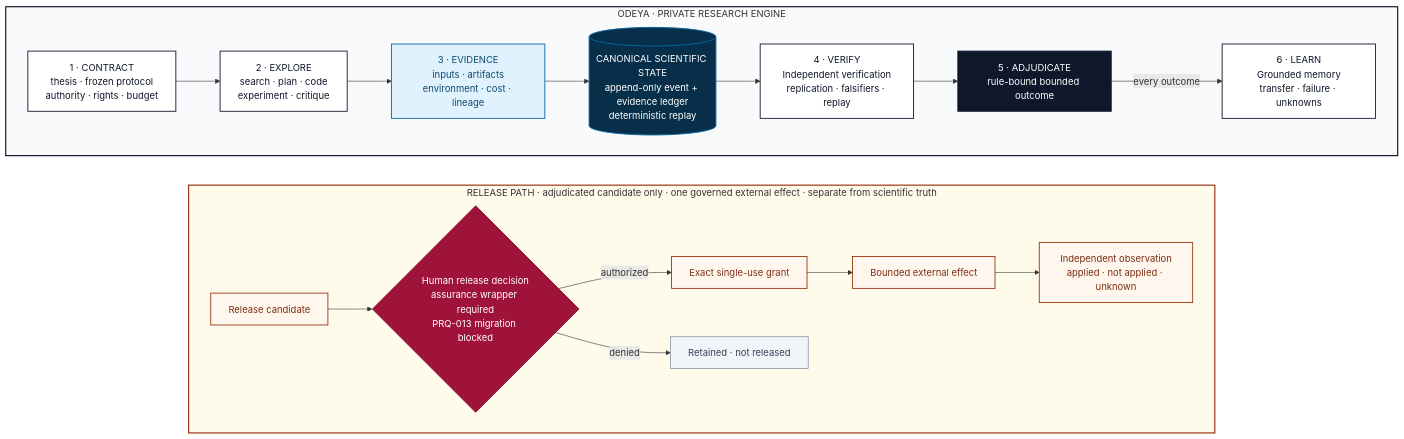
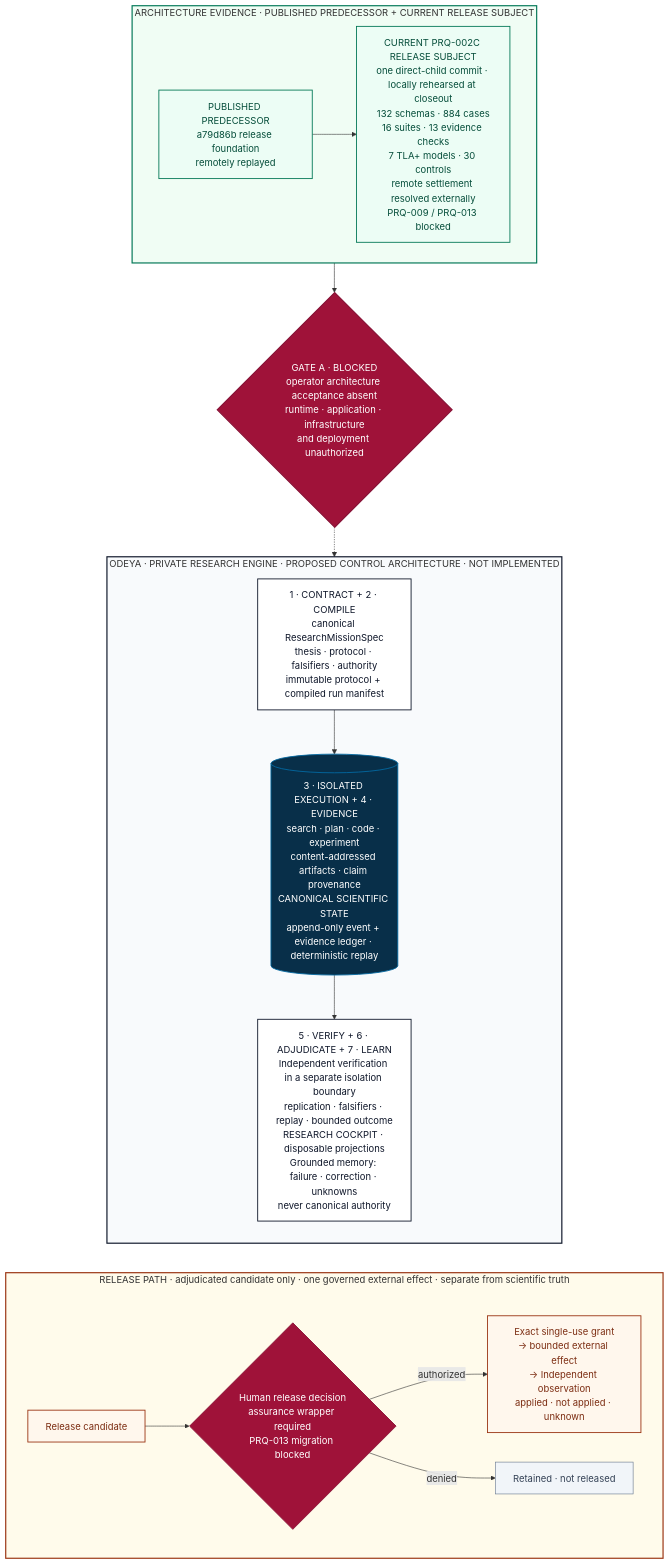
The diagram in README.md (manfromnowhere143/odeya), drawn with Mermaid before and after one commit. The commit also changed other lines of this file and 39 other files, not shown here.

First line of the commit message:
architecture: retain bounded raw-number prerequisite evidence

````diff
--- a/README.md
+++ b/README.md
@@ -25,46 +25,54 @@
 ```mermaid
 flowchart TB
-    subgraph R["ODEYA · PRIVATE RESEARCH ENGINE"]
+    subgraph F["ARCHITECTURE EVIDENCE · PUBLISHED PREDECESSOR + CURRENT RELEASE SUBJECT"]
         direction LR
-        C["1 · CONTRACT<br/>thesis · frozen protocol<br/>authority · rights · budget"]
-        W["2 · EXPLORE<br/>search · plan · code<br/>experiment · critique"]
-        E["3 · EVIDENCE<br/>inputs · artifacts<br/>environment · cost · lineage"]
-        K[("CANONICAL SCIENTIFIC STATE<br/>append-only event + evidence ledger<br/>deterministic replay")]
-        V["4 · VERIFY<br/>Independent verification<br/>replication · falsifiers · replay"]
-        D["5 · ADJUDICATE<br/>rule-bound bounded outcome"]
-        L["6 · LEARN<br/>Grounded memory<br/>transfer · failure · unknowns"]
-        C --> W --> E --> K --> V --> D -->|every outcome| L
+        F4["PUBLISHED PREDECESSOR<br/>a79d86b release foundation<br/>remotely replayed"]
+        F1["CURRENT PRQ-002C RELEASE SUBJECT<br/>one direct-child commit · locally rehearsed at closeout<br/>132 schemas · 884 cases<br/>16 suites · 13 evidence checks<br/>7 TLA+ models · 30 controls<br/>remote settlement resolved externally<br/>PRQ-009 / PRQ-013 blocked"]
+        F4 --> F1
+    end
+
+    GA{"GATE A · BLOCKED<br/>operator architecture acceptance absent<br/>runtime · application · infrastructure<br/>and deployment unauthorized"}
+    F1 --> GA
+
+    subgraph R["ODEYA · PRIVATE RESEARCH ENGINE · PROPOSED CONTROL ARCHITECTURE · NOT IMPLEMENTED"]
+        direction TB
+        C["1 · CONTRACT + 2 · COMPILE<br/>canonical ResearchMissionSpec<br/>thesis · protocol · falsifiers · authority<br/>immutable protocol + compiled run manifest"]
+        K[("3 · ISOLATED EXECUTION + 4 · EVIDENCE<br/>search · plan · code · experiment<br/>content-addressed artifacts · claim provenance<br/>CANONICAL SCIENTIFIC STATE<br/>append-only event + evidence ledger · deterministic replay")]
+        V["5 · VERIFY + 6 · ADJUDICATE + 7 · LEARN<br/>Independent verification in a separate isolation boundary<br/>replication · falsifiers · replay · bounded outcome<br/>RESEARCH COCKPIT · disposable projections<br/>Grounded memory: failure · correction · unknowns<br/>never canonical authority"]
+        C --> K --> V
     end
 
     subgraph X["RELEASE PATH · adjudicated candidate only · one governed external effect · separate from scientific truth"]
         direction LR
         RC["Release candidate"]
         H{"Human release decision<br/>assurance wrapper required<br/>PRQ-013 migration blocked"}
-        G["Exact single-use grant"]
-        O["Bounded external effect"]
-        S["Independent observation<br/>applied · not applied · unknown"]
+        G["Exact single-use grant<br/>→ bounded external effect<br/>→ Independent observation<br/>applied · not applied · unknown"]
         N["Retained · not released"]
         RC --> H
-        H -->|authorized| G --> O --> S
+        H -->|authorized| G
         H -->|denied| N
     end
 
+    GA -.-> C
     R ~~~ X
 
+    classDef retained fill:#ECFDF5,stroke:#047857,stroke-width:1.5px,color:#064E3B
+    classDef blocked fill:#9F1239,stroke:#881337,stroke-width:2px,color:#FFFFFF
     classDef core fill:#FFFFFF,stroke:#0F172A,stroke-width:1.5px,color:#0F172A
     classDef evidence fill:#E0F2FE,stroke:#0369A1,stroke-width:1.5px,color:#0C4A6E
     classDef state fill:#082F49,stroke:#0369A1,stroke-width:1.5px,color:#FFFFFF
     classDef decision fill:#0F172A,stroke:#0F172A,stroke-width:1.5px,color:#FFFFFF
     classDef release fill:#FFF7ED,stroke:#9A3412,stroke-width:1.5px,color:#7C2D12
     classDef releaseGate fill:#9F1239,stroke:#881337,stroke-width:1.5px,color:#FFFFFF
     classDef quiet fill:#F1F5F9,stroke:#64748B,stroke-width:1px,color:#334155
-    class C,W,V,L core
-    class E evidence
+    class F1,F4 retained
+    class GA blocked
+    class C,V core
     class K state
-    class D decision
-    class RC,G,O,S release
+    class RC,G release
     class H releaseGate
     class N quiet
+    style F fill:#F0FDF4,stroke:#047857,stroke-width:2px
     style R fill:#F8FAFC,stroke:#0F172A,stroke-width:2px
     style X fill:#FFFBEB,stroke:#9A3412,stroke-width:2px
 ```
````
